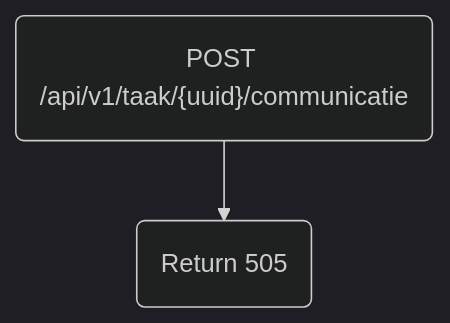
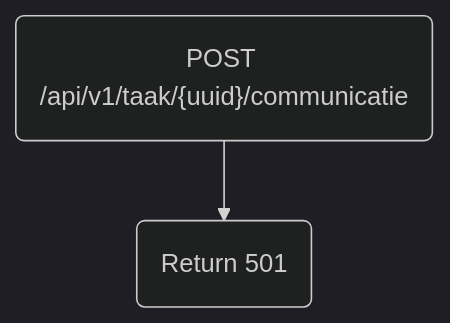
The diagram in docusaurus/docs/morcore2ultimo/frank/postcommunicatie.md (wearefrank/morcoreintegration), drawn with Mermaid (dark theme) before and after one commit. The commit also changed other lines of this file and 23 other files, not shown here.

````diff
--- a/docusaurus/docs/morcore2ultimo/frank/postcommunicatie.md
+++ b/docusaurus/docs/morcore2ultimo/frank/postcommunicatie.md
@@ -7,4 +13,4 @@
 ```mermaid
 flowchart TD
-    A("POST /api/v1/taak/{uuid}/communicatie") --> B(Return 505)
+    A("POST /api/v1/taak/{uuid}/communicatie") --> B(Return 501)
 ```
````
